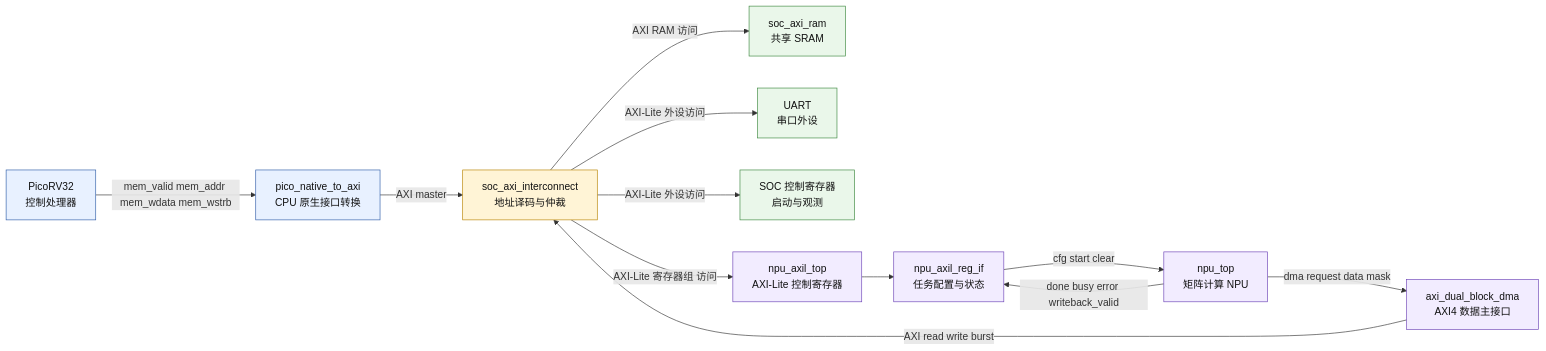
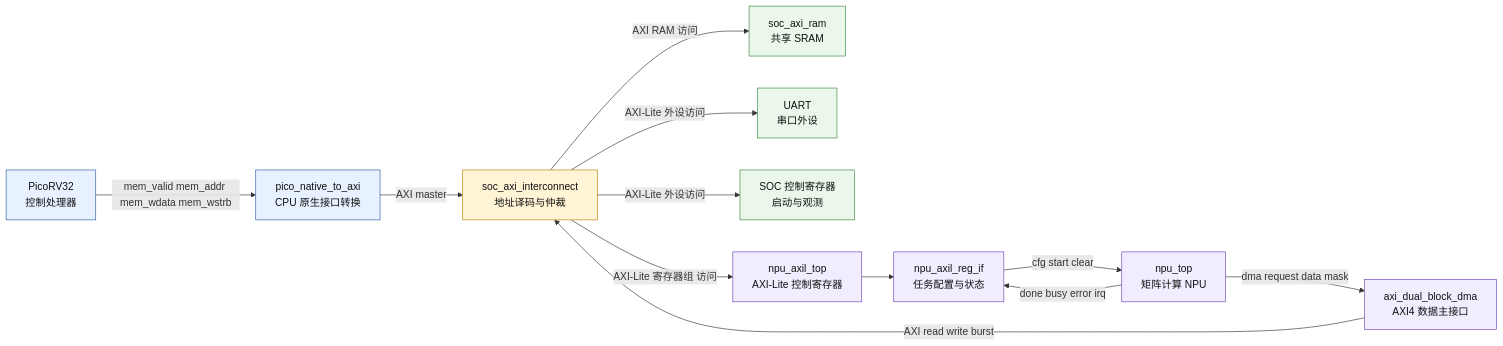
The diagram in veri/doc/original_docx_report_md/report_figures/mermaid/fig01_system_arch.mmd (EE-noob/aiEngine_integrated), drawn with Mermaid before and after one commit. The commit also changed 47 other files, not shown here.

```diff
--- a/veri/doc/original_docx_report_md/report_figures/mermaid/fig01_system_arch.mmd
+++ b/veri/doc/original_docx_report_md/report_figures/mermaid/fig01_system_arch.mmd
@@ -1,32 +1,32 @@
 flowchart LR
     CPU[PicoRV32<br/>控制处理器]
     BRIDGE[pico_native_to_axi<br/>CPU 原生接口转换]
     IC[soc_axi_interconnect<br/>地址译码与仲裁]
     RAM[soc_axi_ram<br/>共享 SRAM]
     UART[UART<br/>串口外设]
     SOCREG[SOC 控制寄存器<br/>启动与观测]
     AXIL[npu_axil_top<br/>AXI-Lite 控制寄存器]
     寄存器组[npu_axil_reg_if<br/>任务配置与状态]
     NPU[npu_top<br/>矩阵计算 NPU]
     DMA[axi_dual_block_dma<br/>AXI4 数据主接口]
 
     CPU -->|mem_valid mem_addr mem_wdata mem_wstrb| BRIDGE
     BRIDGE -->|AXI master| IC
     IC -->|AXI RAM 访问| RAM
     IC -->|AXI-Lite 外设访问| UART
     IC -->|AXI-Lite 外设访问| SOCREG
     IC -->|AXI-Lite 寄存器组 访问| AXIL
     AXIL --> 寄存器组
     寄存器组 -->|cfg start clear| NPU
     NPU -->|dma request data mask| DMA
     DMA -->|AXI read write burst| IC
-    NPU -->|done busy error writeback_valid| 寄存器组
+    NPU -->|done busy error irq| 寄存器组
 
     classDef cpu fill:#E8F1FF,stroke:#2F5DA8,stroke-width:1px,color:#111;
     classDef bus fill:#FFF4D6,stroke:#B88300,stroke-width:1px,color:#111;
     classDef mem fill:#EAF7EA,stroke:#3B873E,stroke-width:1px,color:#111;
     classDef npu fill:#F2ECFF,stroke:#6C43B6,stroke-width:1px,color:#111;
     class CPU,BRIDGE cpu;
     class IC bus;
     class RAM,UART,SOCREG mem;
     class AXIL,寄存器组,NPU,DMA npu;
```
